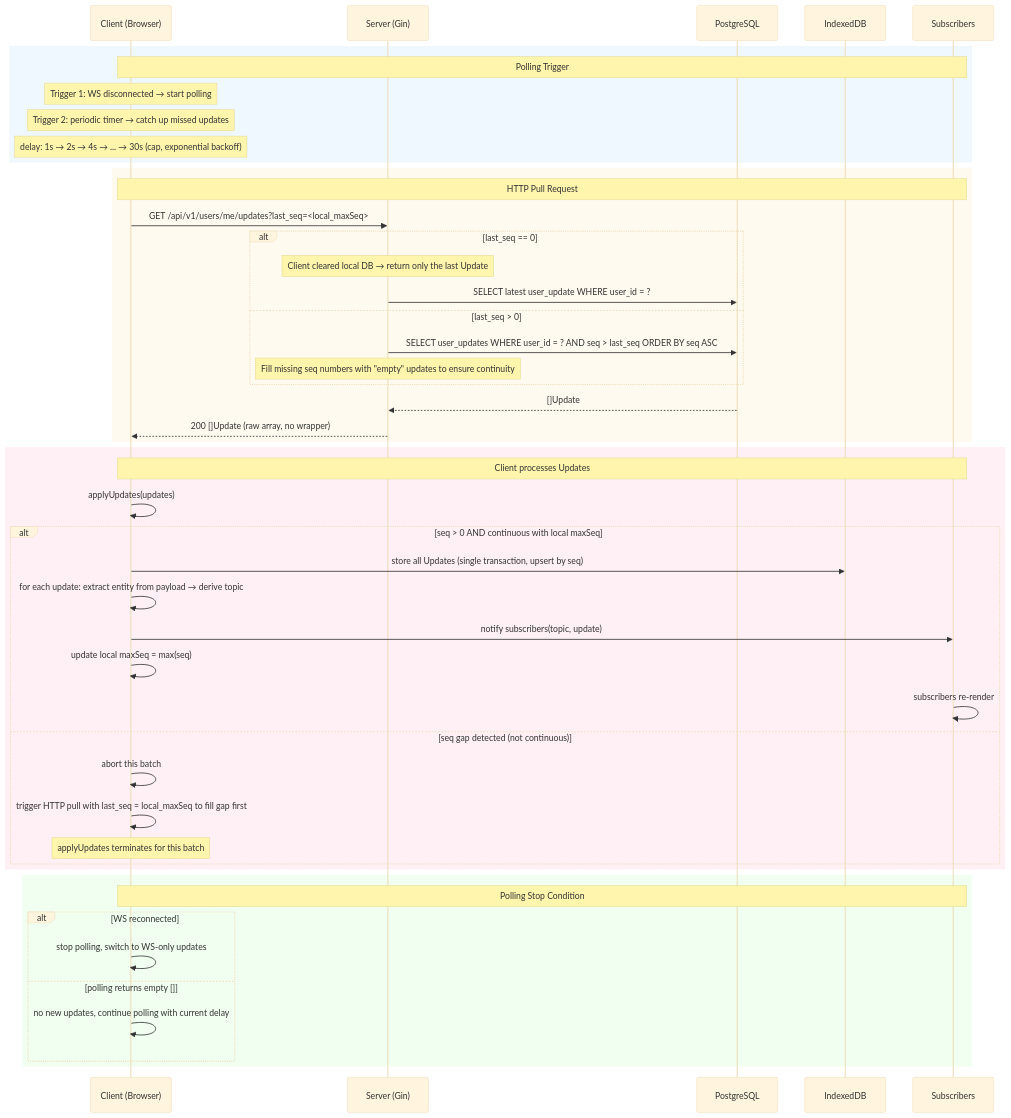
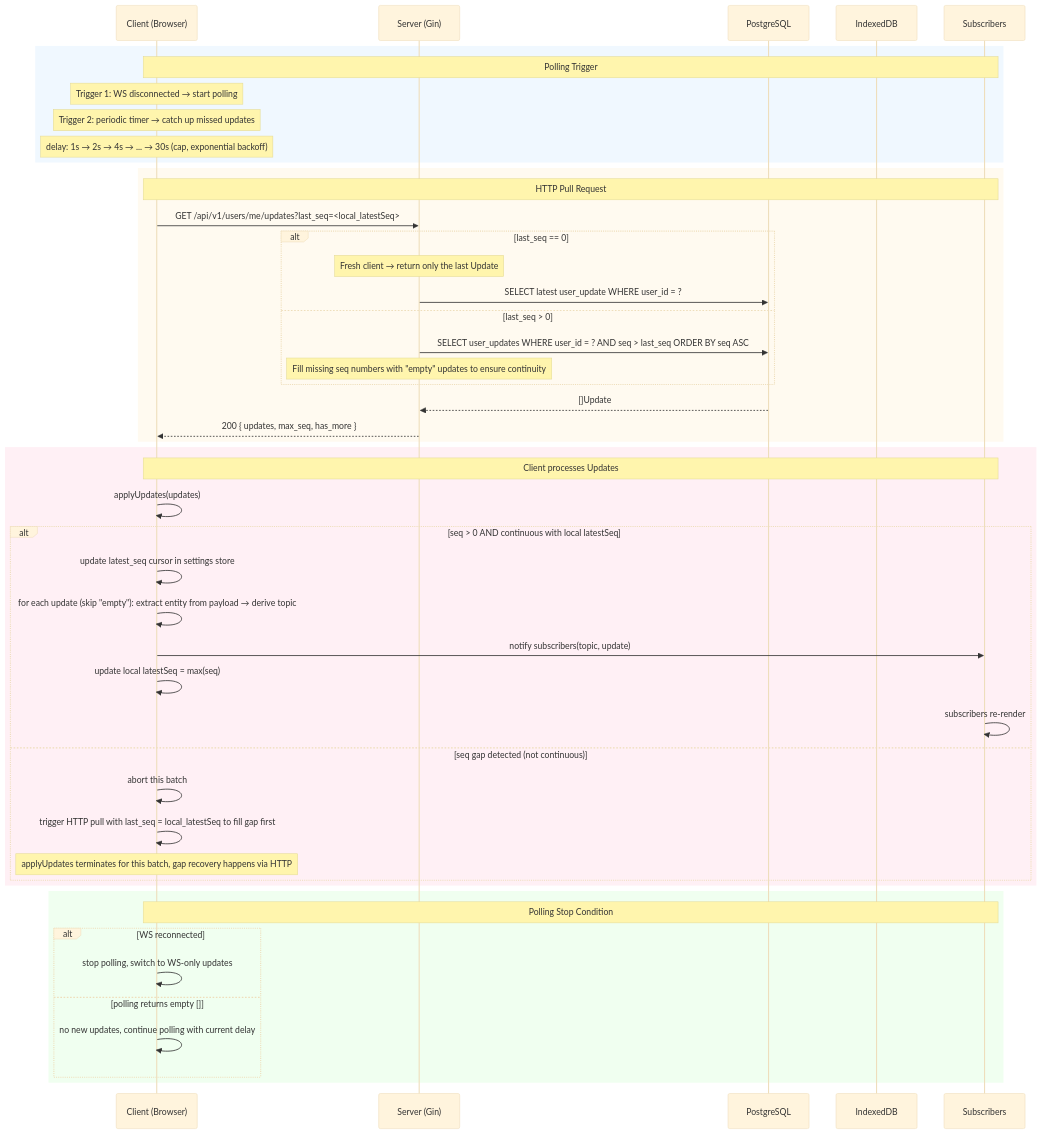
The fourth of 6 diagrams in docs/API.md (PineappleBond/eino-demo), drawn with Mermaid (base theme) before and after one commit. The commit also changed other lines of this file and 65 other files, not shown here.

First line of the commit message:
refactor: overhaul backend/frontend architecture for Eino demo

````diff
--- a/docs/API.md
+++ b/docs/API.md
@@ -411,54 +419,54 @@
 ```mermaid
 sequenceDiagram
     participant C as Client (Browser)
     participant S as Server (Gin)
     participant DB as PostgreSQL
     participant IDB as IndexedDB
     participant Sub as Subscribers
 
     rect rgb(240, 248, 255)
     Note over C,Sub: Polling Trigger
     Note over C: Trigger 1: WS disconnected → start polling
     Note over C: Trigger 2: periodic timer → catch up missed updates
     Note over C: delay: 1s → 2s → 4s → ... → 30s (cap, exponential backoff)
     end
 
     rect rgb(255, 250, 240)
     Note over C,Sub: HTTP Pull Request
-    C->>S: GET /api/v1/users/me/updates?last_seq=<local_maxSeq>
+    C->>S: GET /api/v1/users/me/updates?last_seq=<local_latestSeq>
     alt last_seq == 0
-        Note over S: Client cleared local DB → return only the last Update
+        Note over S: Fresh client → return only the last Update
         S->>DB: SELECT latest user_update WHERE user_id = ?
     else last_seq > 0
         S->>DB: SELECT user_updates WHERE user_id = ? AND seq > last_seq ORDER BY seq ASC
         Note over S: Fill missing seq numbers with "empty" updates to ensure continuity
     end
     DB-->>S: []Update
-    S-->>C: 200 []Update (raw array, no wrapper)
+    S-->>C: 200 { updates, max_seq, has_more }
     end
 
     rect rgb(255, 240, 245)
     Note over C,Sub: Client processes Updates
     C->>C: applyUpdates(updates)
-    alt seq > 0 AND continuous with local maxSeq
-        C->>IDB: store all Updates (single transaction, upsert by seq)
-        C->>C: for each update: extract entity from payload → derive topic
+    alt seq > 0 AND continuous with local latestSeq
+        C->>C: update latest_seq cursor in settings store
+        C->>C: for each update (skip "empty"): extract entity from payload → derive topic
         C->>Sub: notify subscribers(topic, update)
-        C->>C: update local maxSeq = max(seq)
+        C->>C: update local latestSeq = max(seq)
         Sub->>Sub: subscribers re-render
     else seq gap detected (not continuous)
         C->>C: abort this batch
-        C->>C: trigger HTTP pull with last_seq = local_maxSeq to fill gap first
-        Note over C: applyUpdates terminates for this batch
+        C->>C: trigger HTTP pull with last_seq = local_latestSeq to fill gap first
+        Note over C: applyUpdates terminates for this batch, gap recovery happens via HTTP
     end
     end
 
     rect rgb(240, 255, 240)
     Note over C,Sub: Polling Stop Condition
     alt WS reconnected
         C->>C: stop polling, switch to WS-only updates
     else polling returns empty []
         C->>C: no new updates, continue polling with current delay
     end
     end
 ```
````
